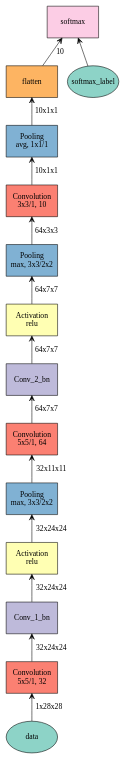
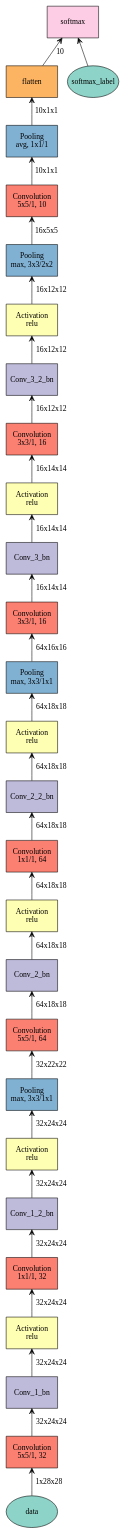
Before and after one commit to truebruce/MXnet_trial_mnist: the diagram in MNIST_trial/plot.gv, drawn with Graphviz. The commit also changed 3 other files, not shown here.

```diff
--- a/MNIST_trial/plot.gv
+++ b/MNIST_trial/plot.gv
@@ -1,29 +1,55 @@
 digraph plot {
 	data [label=data fillcolor="#8dd3c7" fixedsize=true height=0.8034 shape=oval style=filled width=1.3]
 	Conv_1 [label="Convolution\n5x5/1, 32" fillcolor="#fb8072" fixedsize=true height=0.8034 shape=box style=filled width=1.3]
 	Conv_1_bn [label=Conv_1_bn fillcolor="#bebada" fixedsize=true height=0.8034 shape=box style=filled width=1.3]
 	Conv_1_act [label="Activation\nrelu" fillcolor="#ffffb3" fixedsize=true height=0.8034 shape=box style=filled width=1.3]
-	Conv_1_pooling [label="Pooling\nmax, 3x3/2x2" fillcolor="#80b1d3" fixedsize=true height=0.8034 shape=box style=filled width=1.3]
+	Conv_1_2 [label="Convolution\n1x1/1, 32" fillcolor="#fb8072" fixedsize=true height=0.8034 shape=box style=filled width=1.3]
+	Conv_1_2_bn [label=Conv_1_2_bn fillcolor="#bebada" fixedsize=true height=0.8034 shape=box style=filled width=1.3]
+	Conv_1_2_act [label="Activation\nrelu" fillcolor="#ffffb3" fixedsize=true height=0.8034 shape=box style=filled width=1.3]
+	Conv_1_pooling [label="Pooling\nmax, 3x3/1x1" fillcolor="#80b1d3" fixedsize=true height=0.8034 shape=box style=filled width=1.3]
 	Conv_2 [label="Convolution\n5x5/1, 64" fillcolor="#fb8072" fixedsize=true height=0.8034 shape=box style=filled width=1.3]
 	Conv_2_bn [label=Conv_2_bn fillcolor="#bebada" fixedsize=true height=0.8034 shape=box style=filled width=1.3]
 	Conv_2_act [label="Activation\nrelu" fillcolor="#ffffb3" fixedsize=true height=0.8034 shape=box style=filled width=1.3]
-	Conv_2_pooling [label="Pooling\nmax, 3x3/2x2" fillcolor="#80b1d3" fixedsize=true height=0.8034 shape=box style=filled width=1.3]
-	Conv_3 [label="Convolution\n3x3/1, 10" fillcolor="#fb8072" fixedsize=true height=0.8034 shape=box style=filled width=1.3]
-	Conv_3_pooling [label="Pooling\navg, 1x1/1" fillcolor="#80b1d3" fixedsize=true height=0.8034 shape=box style=filled width=1.3]
+	Conv_2_2 [label="Convolution\n1x1/1, 64" fillcolor="#fb8072" fixedsize=true height=0.8034 shape=box style=filled width=1.3]
+	Conv_2_2_bn [label=Conv_2_2_bn fillcolor="#bebada" fixedsize=true height=0.8034 shape=box style=filled width=1.3]
+	Conv_2_2_act [label="Activation\nrelu" fillcolor="#ffffb3" fixedsize=true height=0.8034 shape=box style=filled width=1.3]
+	Conv_2_pooling [label="Pooling\nmax, 3x3/1x1" fillcolor="#80b1d3" fixedsize=true height=0.8034 shape=box style=filled width=1.3]
+	Conv_3 [label="Convolution\n3x3/1, 16" fillcolor="#fb8072" fixedsize=true height=0.8034 shape=box style=filled width=1.3]
+	Conv_3_bn [label=Conv_3_bn fillcolor="#bebada" fixedsize=true height=0.8034 shape=box style=filled width=1.3]
+	Conv_3_act [label="Activation\nrelu" fillcolor="#ffffb3" fixedsize=true height=0.8034 shape=box style=filled width=1.3]
+	Conv_3_2 [label="Convolution\n3x3/1, 16" fillcolor="#fb8072" fixedsize=true height=0.8034 shape=box style=filled width=1.3]
+	Conv_3_2_bn [label=Conv_3_2_bn fillcolor="#bebada" fixedsize=true height=0.8034 shape=box style=filled width=1.3]
+	Conv_3_2_act [label="Activation\nrelu" fillcolor="#ffffb3" fixedsize=true height=0.8034 shape=box style=filled width=1.3]
+	Conv_3_pooling [label="Pooling\nmax, 3x3/2x2" fillcolor="#80b1d3" fixedsize=true height=0.8034 shape=box style=filled width=1.3]
+	Conv_4 [label="Convolution\n5x5/1, 10" fillcolor="#fb8072" fixedsize=true height=0.8034 shape=box style=filled width=1.3]
+	Conv_4_pooling [label="Pooling\navg, 1x1/1" fillcolor="#80b1d3" fixedsize=true height=0.8034 shape=box style=filled width=1.3]
 	flatten [label=flatten fillcolor="#fdb462" fixedsize=true height=0.8034 shape=box style=filled width=1.3]
 	softmax_label [label=softmax_label fillcolor="#8dd3c7" fixedsize=true height=0.8034 shape=oval style=filled width=1.3]
 	softmax [label=softmax fillcolor="#fccde5" fixedsize=true height=0.8034 shape=box style=filled width=1.3]
 	Conv_1 -> data [label="1x28x28" arrowtail=open dir=back]
 	Conv_1_bn -> Conv_1 [label="32x24x24" arrowtail=open dir=back]
 	Conv_1_act -> Conv_1_bn [label="32x24x24" arrowtail=open dir=back]
-	Conv_1_pooling -> Conv_1_act [label="32x24x24" arrowtail=open dir=back]
-	Conv_2 -> Conv_1_pooling [label="32x11x11" arrowtail=open dir=back]
-	Conv_2_bn -> Conv_2 [label="64x7x7" arrowtail=open dir=back]
-	Conv_2_act -> Conv_2_bn [label="64x7x7" arrowtail=open dir=back]
-	Conv_2_pooling -> Conv_2_act [label="64x7x7" arrowtail=open dir=back]
-	Conv_3 -> Conv_2_pooling [label="64x3x3" arrowtail=open dir=back]
-	Conv_3_pooling -> Conv_3 [label="10x1x1" arrowtail=open dir=back]
-	flatten -> Conv_3_pooling [label="10x1x1" arrowtail=open dir=back]
+	Conv_1_2 -> Conv_1_act [label="32x24x24" arrowtail=open dir=back]
+	Conv_1_2_bn -> Conv_1_2 [label="32x24x24" arrowtail=open dir=back]
+	Conv_1_2_act -> Conv_1_2_bn [label="32x24x24" arrowtail=open dir=back]
+	Conv_1_pooling -> Conv_1_2_act [label="32x24x24" arrowtail=open dir=back]
+	Conv_2 -> Conv_1_pooling [label="32x22x22" arrowtail=open dir=back]
+	Conv_2_bn -> Conv_2 [label="64x18x18" arrowtail=open dir=back]
+	Conv_2_act -> Conv_2_bn [label="64x18x18" arrowtail=open dir=back]
+	Conv_2_2 -> Conv_2_act [label="64x18x18" arrowtail=open dir=back]
+	Conv_2_2_bn -> Conv_2_2 [label="64x18x18" arrowtail=open dir=back]
+	Conv_2_2_act -> Conv_2_2_bn [label="64x18x18" arrowtail=open dir=back]
+	Conv_2_pooling -> Conv_2_2_act [label="64x18x18" arrowtail=open dir=back]
+	Conv_3 -> Conv_2_pooling [label="64x16x16" arrowtail=open dir=back]
+	Conv_3_bn -> Conv_3 [label="16x14x14" arrowtail=open dir=back]
+	Conv_3_act -> Conv_3_bn [label="16x14x14" arrowtail=open dir=back]
+	Conv_3_2 -> Conv_3_act [label="16x14x14" arrowtail=open dir=back]
+	Conv_3_2_bn -> Conv_3_2 [label="16x12x12" arrowtail=open dir=back]
+	Conv_3_2_act -> Conv_3_2_bn [label="16x12x12" arrowtail=open dir=back]
+	Conv_3_pooling -> Conv_3_2_act [label="16x12x12" arrowtail=open dir=back]
+	Conv_4 -> Conv_3_pooling [label="16x5x5" arrowtail=open dir=back]
+	Conv_4_pooling -> Conv_4 [label="10x1x1" arrowtail=open dir=back]
+	flatten -> Conv_4_pooling [label="10x1x1" arrowtail=open dir=back]
 	softmax -> flatten [label=10 arrowtail=open dir=back]
 	softmax -> softmax_label [label="" arrowtail=open dir=back]
 }
```
